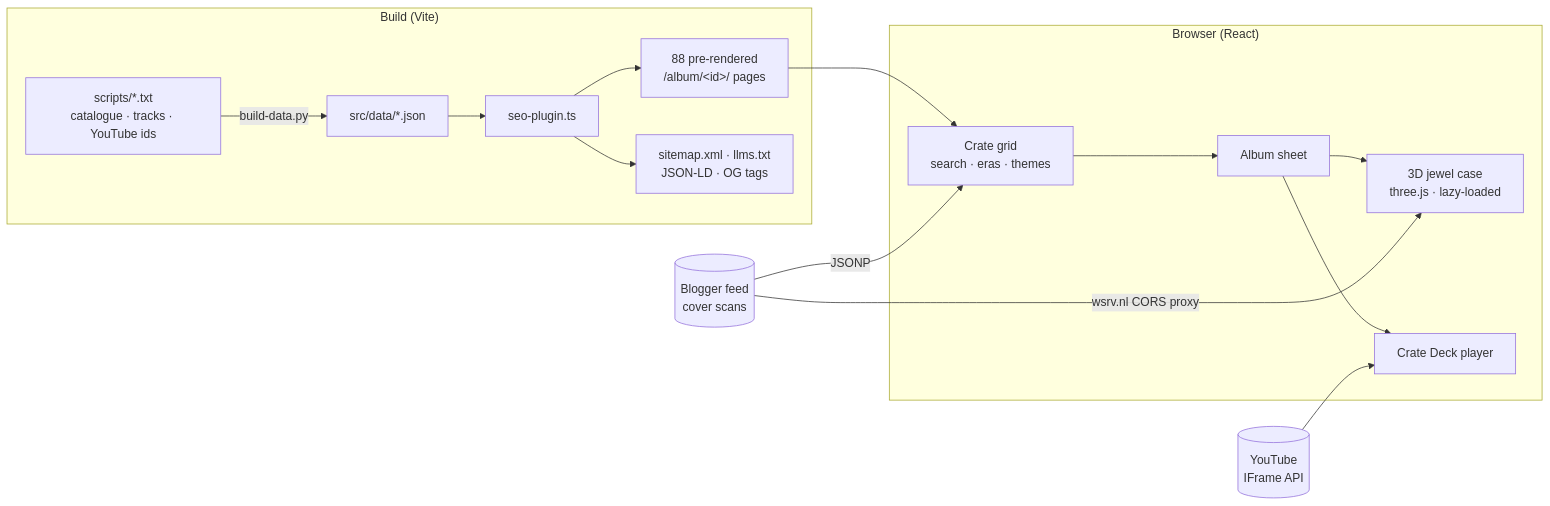
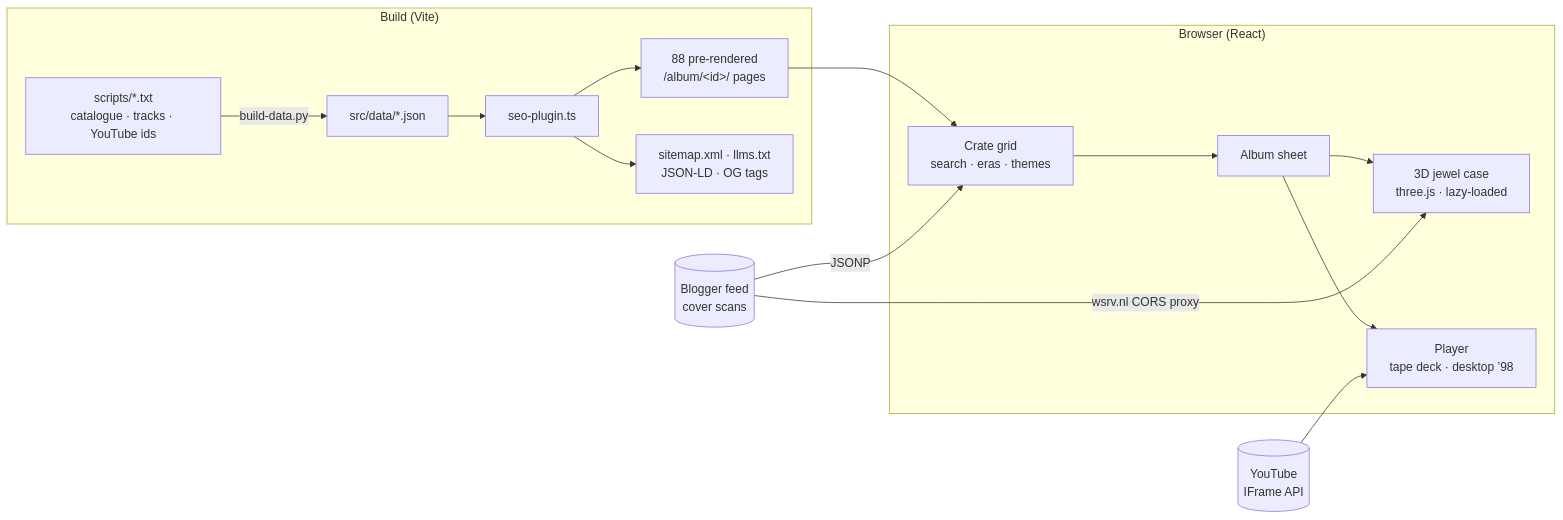
One commit to riz007/bangla-rock changed the diagram in README.md. Above: the diagram before and after it, drawn with Mermaid. The commit also changed other lines of this file and 14 other files, not shown here.

First line of the commit message:
Player skins (tape deck, desktop '98) and ui-sdk controls

````diff
--- a/README.md
+++ b/README.md
@@ -11,20 +11,20 @@
 ```mermaid
 flowchart LR
   subgraph build["Build (Vite)"]
     D["scripts/*.txt<br/>catalogue · tracks · YouTube ids"] -->|build-data.py| J["src/data/*.json"]
     J --> S["seo-plugin.ts"]
     S --> P["88 pre-rendered<br/>/album/&lt;id&gt;/ pages"]
     S --> X["sitemap.xml · llms.txt<br/>JSON-LD · OG tags"]
   end
 
   subgraph app["Browser (React)"]
     G["Crate grid<br/>search · eras · themes"] --> A["Album sheet"]
     A --> C["3D jewel case<br/>three.js · lazy-loaded"]
-    A --> K["Crate Deck player"]
+    A --> K["Player<br/>tape deck · desktop ’98"]
   end
 
   P --> G
   B[("Blogger feed<br/>cover scans")] -->|JSONP| G
   B -->|wsrv.nl CORS proxy| C
   Y[("YouTube<br/>IFrame API")] --> K
 ```
````
